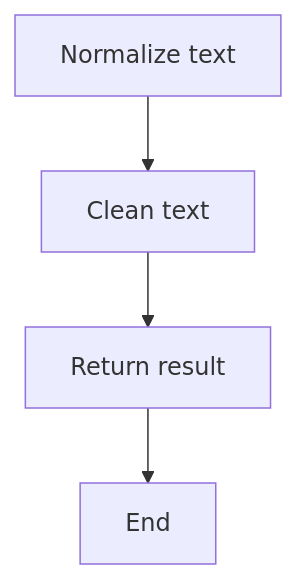
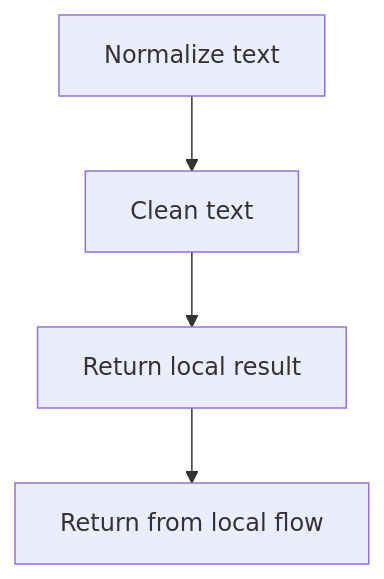
One commit to JohnAndrewBalbarosa/NeoTerritory changed the second of 5 diagrams in docs/Codebase/Microservice/Modules/Source/Analysis/Lexical/language_tokens.cpp.md. Above: the diagram before and after it, drawn with Mermaid. The commit also changed other lines of this file and 915 other files, not shown here.

````diff
--- a/docs/Codebase/Microservice/Modules/Source/Analysis/Lexical/language_tokens.cpp.md
+++ b/docs/Codebase/Microservice/Modules/Source/Analysis/Lexical/language_tokens.cpp.md
@@ -56,10 +55,10 @@
 ```mermaid
 flowchart TD
     N0["Normalize text"]
     N1["Clean text"]
-    N2["Return result"]
-    N3["End"]
+    N2["Return local result"]
+    N3["Return from local flow"]
     N0 --> N1
     N1 --> N2
     N2 --> N3
 ```
````
